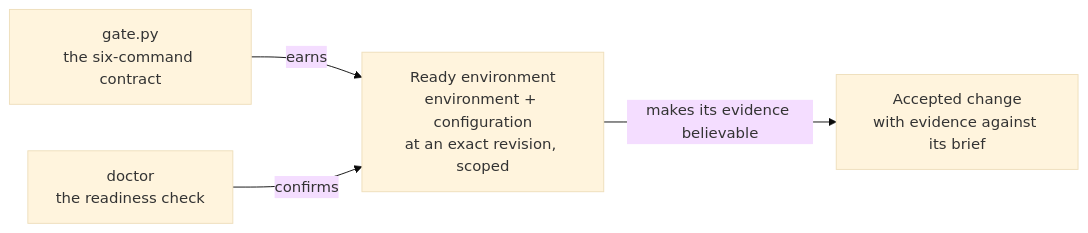
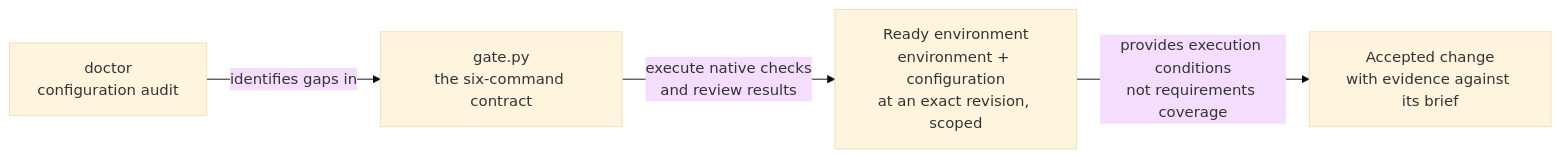
Before and after one commit to jamesdwilson/james-opinionated-llm-development-framework: the first of 5 diagrams in quality-gate/README.md, drawn with Mermaid (base theme). The commit also changed other lines of this file and 16 other files, not shown here.

````diff
--- a/quality-gate/README.md
+++ b/quality-gate/README.md
@@ -19,10 +50,10 @@
 ```mermaid
 flowchart LR
     G["gate.py<br/>the six-command contract"]
-    D["doctor<br/>the readiness check"]
+    D["doctor<br/>configuration audit"]
     E["Ready environment<br/>environment + configuration<br/>at an exact revision, scoped"]
     C["Accepted change<br/>with evidence against its brief"]
-    G -->|earns| E
-    D -->|confirms| E
-    E -->|makes its evidence believable| C
+    D -->|identifies gaps in| G
+    G -->|execute native checks<br/>and review results| E
+    E -->|provides execution conditions<br/>not requirements coverage| C
 ```
````
